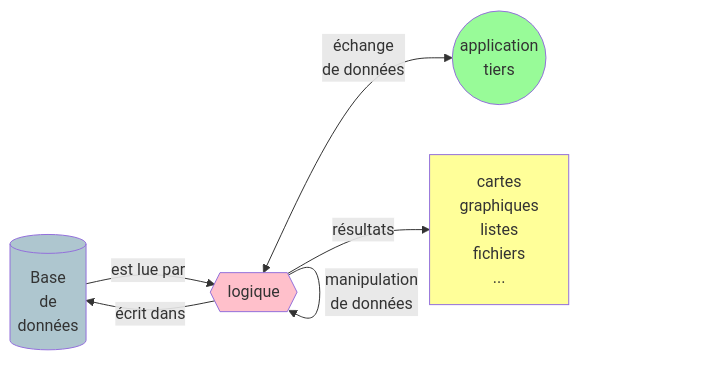
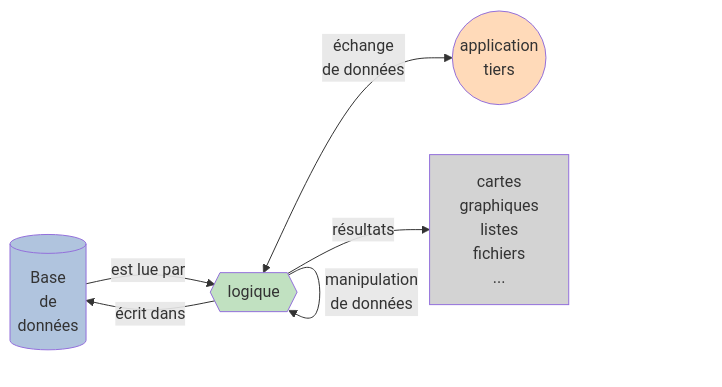
The first of 2 diagrams in profiles/arcam-traject/README.md (zoometh/thomashuet), drawn with Mermaid before and after one commit.

````diff
--- a/profiles/arcam-traject/README.md
+++ b/profiles/arcam-traject/README.md
@@ -107,12 +107,12 @@
 ```mermaid
 flowchart LR
     A[(Base<br>de<br>données)]:::semantic -- est lue par --> B{{logique}}:::logic;
     B -- "écrit dans" --> A;
     B -- manipulation<br>de données --> B;
     B <-- "échange<br>de données" --> C((application<br>tiers)):::third;
     B -- résultats --> D[cartes<br>graphiques<br>listes<br>fichiers<br>...]:::output;;
-    classDef semantic fill:#AEC6CF;
-    classDef logic fill:#FFC0CB;
-    classDef third fill:#98FB98;
-    classDef output fill:#FFFF99;
+    classDef semantic fill:#B0C4DE;
+    classDef logic fill:#C1E1C1;
+    classDef third fill:#FFDAB9;
+    classDef output fill:#D3D3D3;
 ```
````
